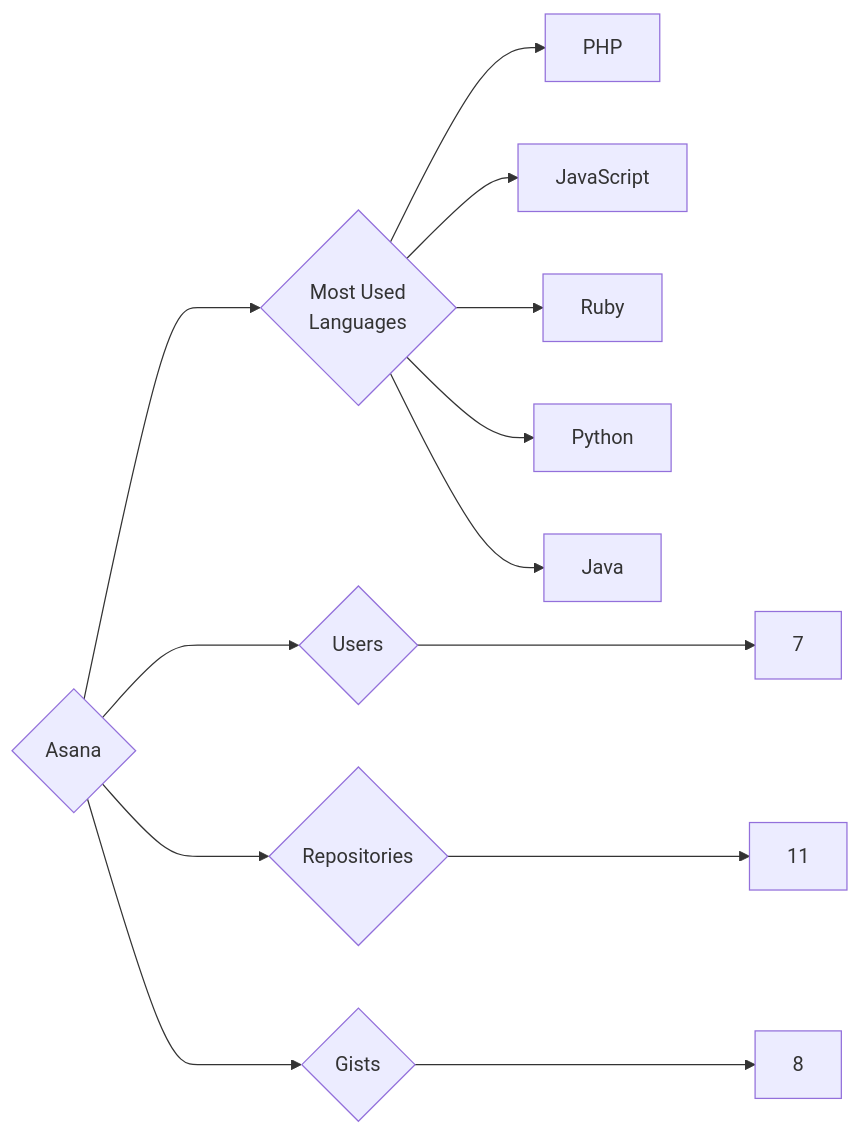
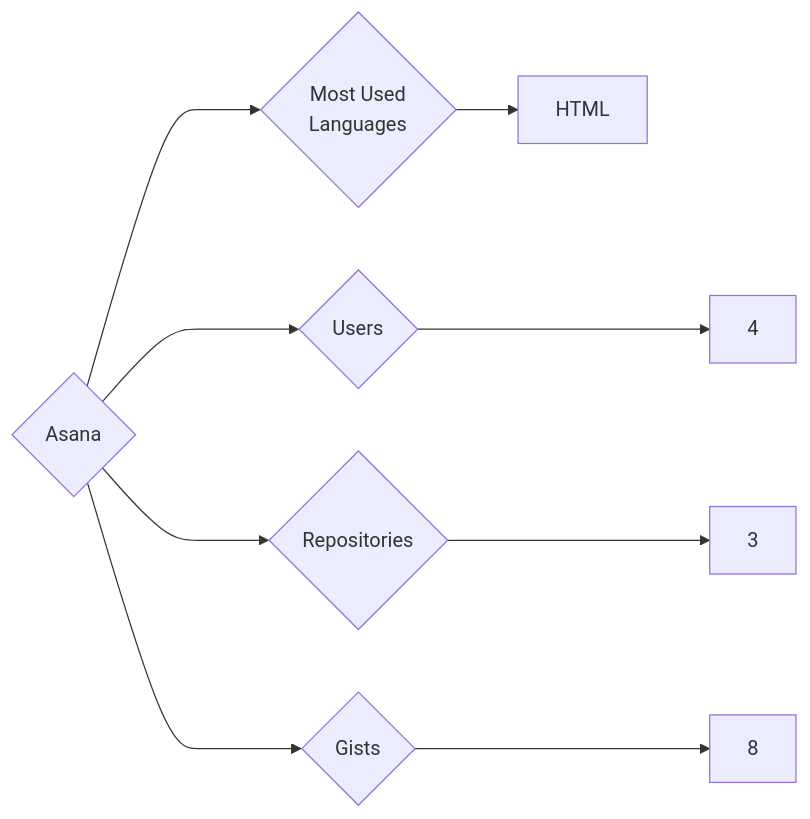
Before and after one commit to trickest/insiders: the diagram in targets/Asana/README.md, drawn with Mermaid. The commit also changed 985 other files, not shown here.

````diff
--- a/targets/Asana/README.md
+++ b/targets/Asana/README.md
@@ -3,13 +3,9 @@
 ```mermaid
 graph LR
 COMPANY_NAME{Asana}
-COMPANY_NAME ---> U{Users} ---> UN[7]
-COMPANY_NAME ---> R{Repositories} ---> RN[11]
+COMPANY_NAME ---> U{Users} ---> UN[4]
+COMPANY_NAME ---> R{Repositories} ---> RN[3]
 COMPANY_NAME ---> G{Gists} ---> GN[8]
 COMPANY_NAME ---> ML{Most Used<br>Languages}
-ML --> PHP[PHP]
-ML --> JavaScript[JavaScript]
-ML --> Ruby[Ruby]
-ML --> Python[Python]
-ML --> Java[Java]
+ML --> HTML[HTML]
 ```
````
